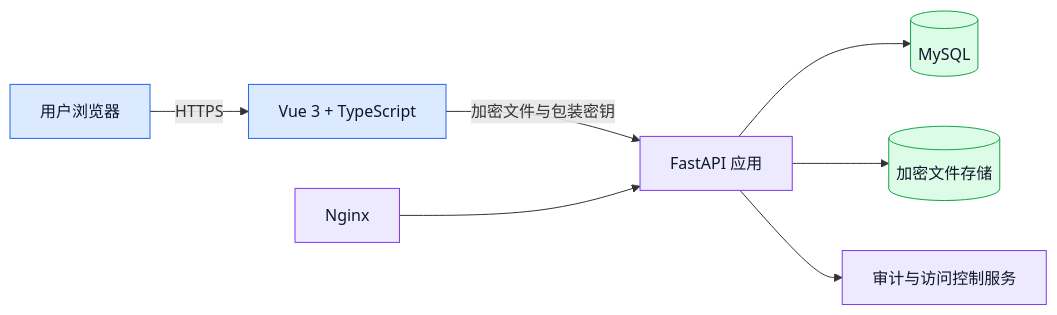
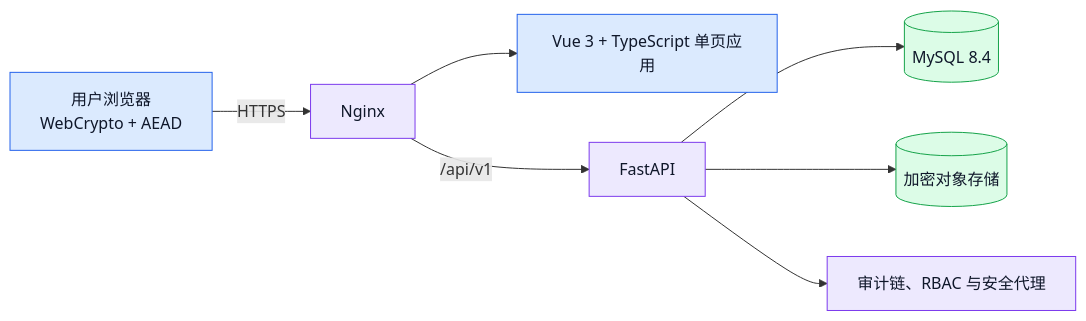
Before and after one commit to Waldo0926/SecureView: the diagram in README.zh-CN.md, drawn with Mermaid. The commit also changed other lines of this file and 1 other file, not shown here.

````diff
--- a/README.zh-CN.md
+++ b/README.zh-CN.md
@@ -28,15 +35,15 @@
 ```mermaid
 flowchart LR
-U[用户浏览器] -->|HTTPS| F[Vue 3 + TypeScript]
-F -->|加密文件与包装密钥| A[FastAPI 应用]
-A --> D[(MySQL)]
-A --> S[(加密文件存储)]
-A --> L[审计与访问控制服务]
-N[Nginx] --> A
+U[用户浏览器<br/>WebCrypto + AEAD] -->|HTTPS| N[Nginx]
+N --> F[Vue 3 + TypeScript 单页应用]
+N -->|/api/v1| A[FastAPI]
+A --> D[(MySQL 8.4)]
+A --> S[(加密对象存储)]
+A --> L[审计链、RBAC 与安全代理]
 classDef client fill:#dbeafe,stroke:#2563eb,color:#0f172a
 classDef server fill:#ede9fe,stroke:#7c3aed,color:#0f172a
 classDef data fill:#dcfce7,stroke:#16a34a,color:#0f172a
 class U,F client
 class N,A,L server
 class D,S data
 ```
````
